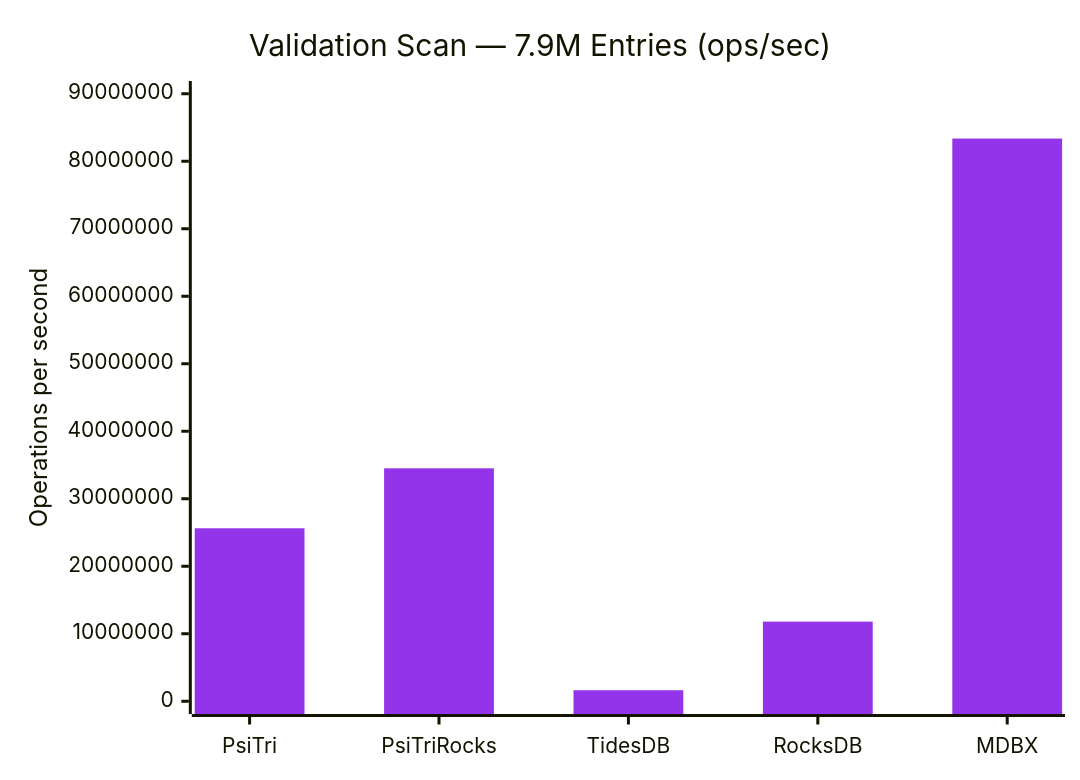
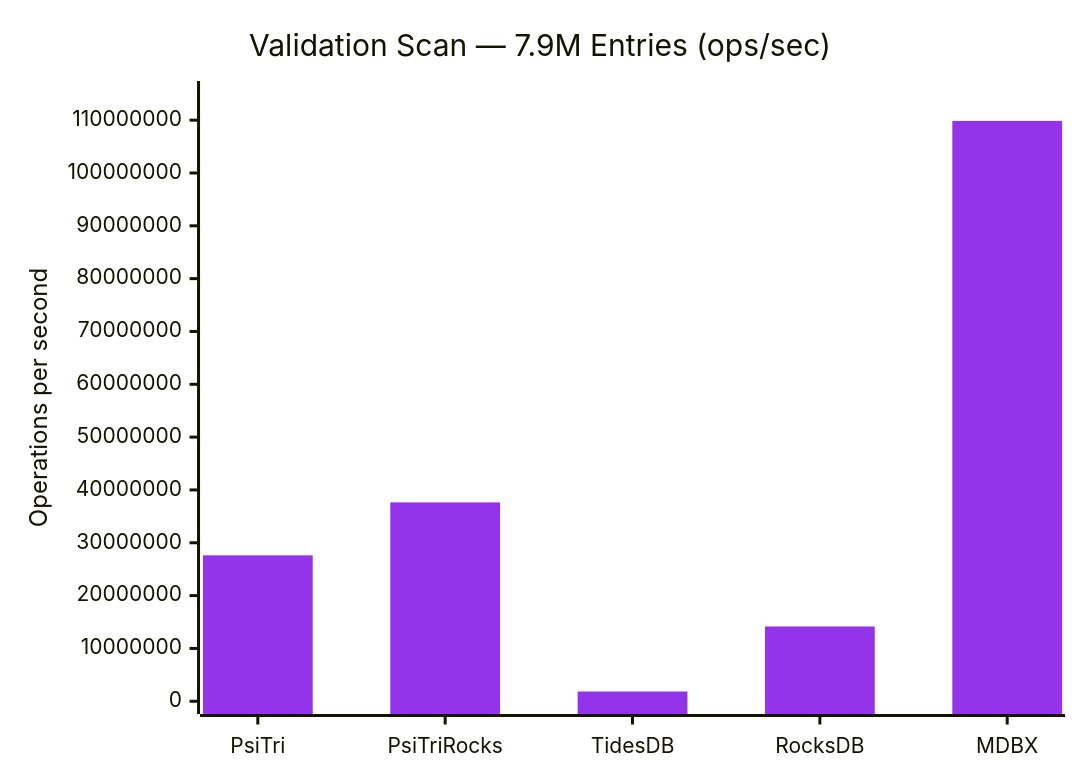
One commit to gofractally/arbtrie changed the fourth of 6 diagrams in programs/BANK_BENCHMARK.md. Above: the diagram before and after it, drawn with Mermaid. The commit also changed other lines of this file and 9 other files, not shown here.

````diff
--- a/programs/BANK_BENCHMARK.md
+++ b/programs/BANK_BENCHMARK.md
@@ -148,8 +148,8 @@
 ```mermaid
 %%{init: {'theme': 'base', 'themeVariables': {'xyChart': {'plotColorPalette': '#9333EA'}}}}%%
 xychart-beta
     title "Validation Scan — 7.9M Entries (ops/sec)"
     x-axis ["PsiTri", "PsiTriRocks", "TidesDB", "RocksDB", "MDBX"]
-    y-axis "Operations per second" 0 --> 90000000
-    bar [25625412, 34508643, 1633442, 11799588, 83361880]
+    y-axis "Operations per second" 0 --> 115000000
+    bar [27619781, 37644460, 1843029, 14153353, 109856761]
 ```
````
